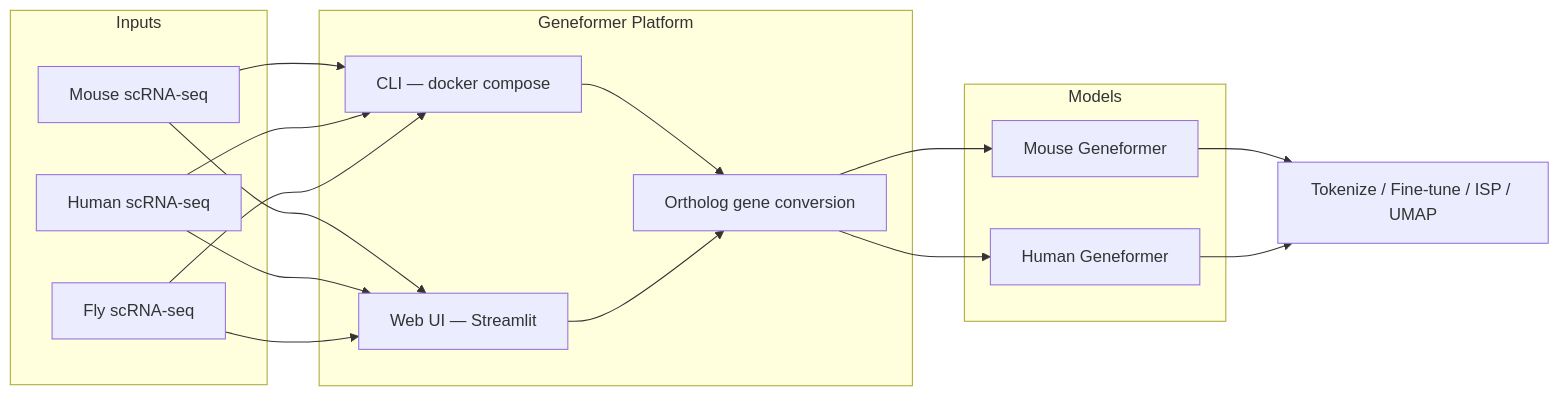
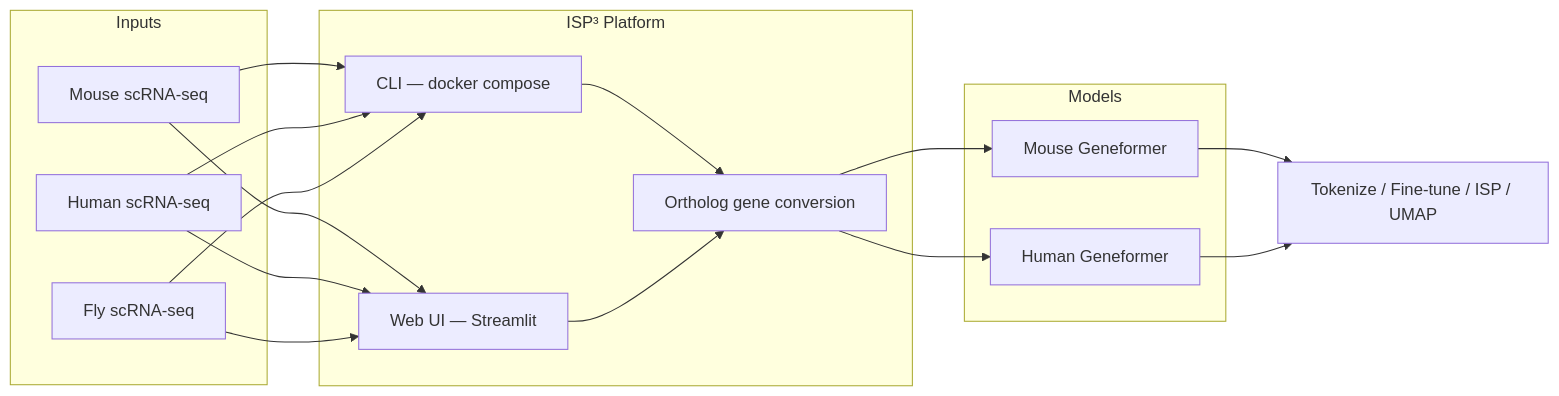
Before and after one commit to YuyaSanaki/ISP-Platform: the diagram in README.md, drawn with Mermaid. The commit also changed other lines of this file and 13 other files, not shown here.

Commit message:
Rename Geneformer Platform to ISP³ Platform across all relevant files, including documentation, Docker configurations, and environment variables. Update references in README, CHANGELOG, and other related files to reflect the new branding and ensure consistency throughout the project.

````diff
--- a/README.md
+++ b/README.md
@@ -30,32 +30,32 @@
 ```mermaid
 flowchart LR
   subgraph inputs [Inputs]
     M[Mouse scRNA-seq]
     H[Human scRNA-seq]
     F[Fly scRNA-seq]
   end
 
-  subgraph platform [Geneformer Platform]
+  subgraph platform [ISP³ Platform]
     CLI[CLI — docker compose]
     WEB[Web UI — Streamlit]
     ORTH[Ortholog gene conversion]
   end
 
   subgraph models [Models]
     MG[Mouse Geneformer]
     HG[Human Geneformer]
   end
 
   M --> CLI
   M --> WEB
   H --> CLI
   H --> WEB
   F --> CLI
   F --> WEB
   CLI --> ORTH
   WEB --> ORTH
   ORTH --> MG
   ORTH --> HG
   MG --> OUT[Tokenize / Fine-tune / ISP / UMAP]
   HG --> OUT
 ```
````
